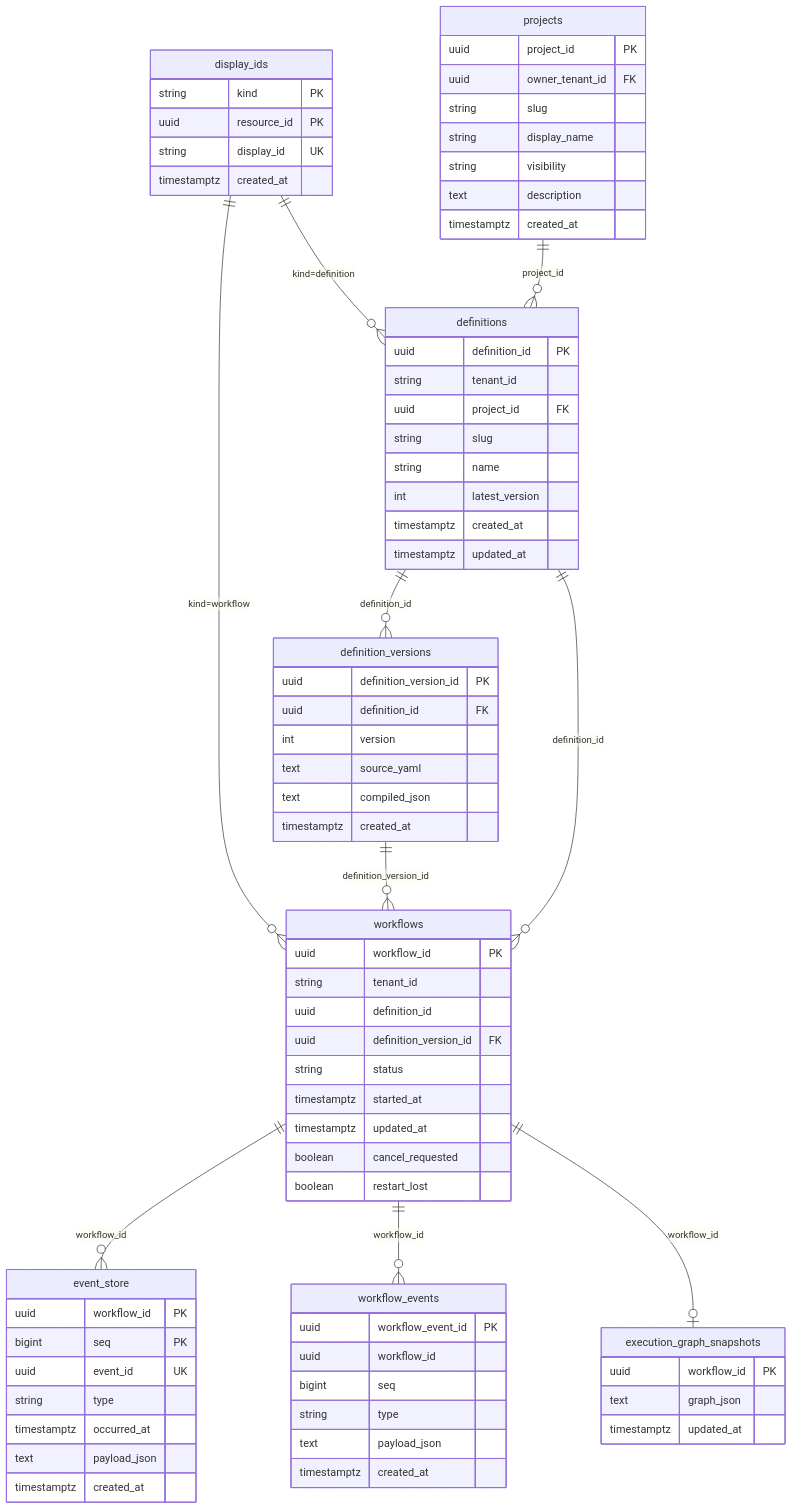
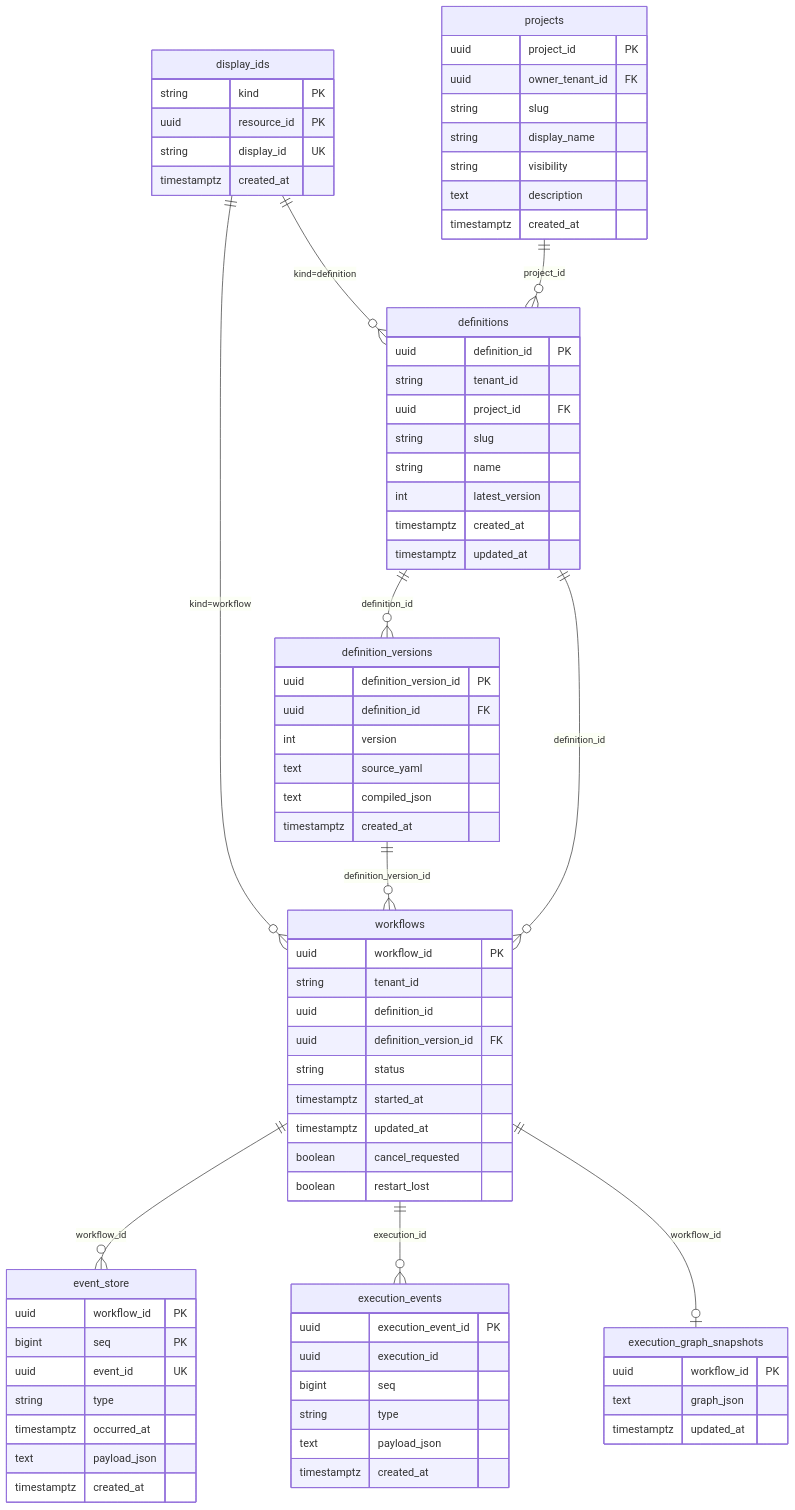
Before and after one commit to MichiharuShiba/statevia: the first of 3 diagrams in docs/statevia-scheme.md, drawn with Mermaid. The commit also changed other lines of this file and 4 other files, not shown here.

```diff
--- a/docs/statevia-scheme.md
+++ b/docs/statevia-scheme.md
@@ -414,7 +414,7 @@
   definition_versions ||--o{ workflows : "definition_version_id"
   definitions ||--o{ workflows : "definition_id"
   workflows ||--o{ event_store : "workflow_id"
-  workflows ||--o{ workflow_events : "workflow_id"
+  workflows ||--o{ execution_events : "execution_id"
   workflows ||--o| execution_graph_snapshots : "workflow_id"
 
   projects {
@@ -476,9 +476,9 @@
     timestamptz created_at
   }
 
-  workflow_events {
-    uuid workflow_event_id PK
-    uuid workflow_id
+  execution_events {
+    uuid execution_event_id PK
+    uuid execution_id
     bigint seq
     string type
     text payload_json
```
